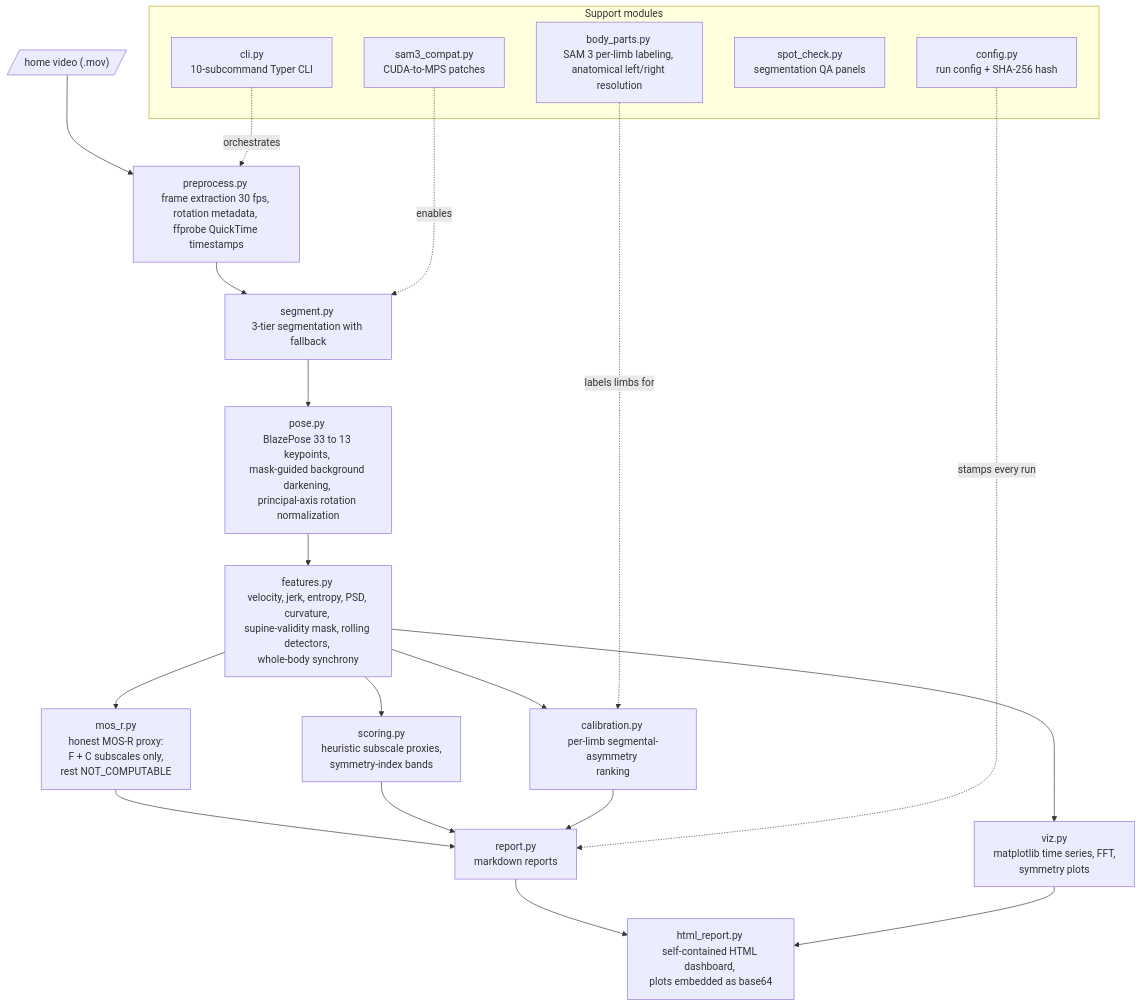
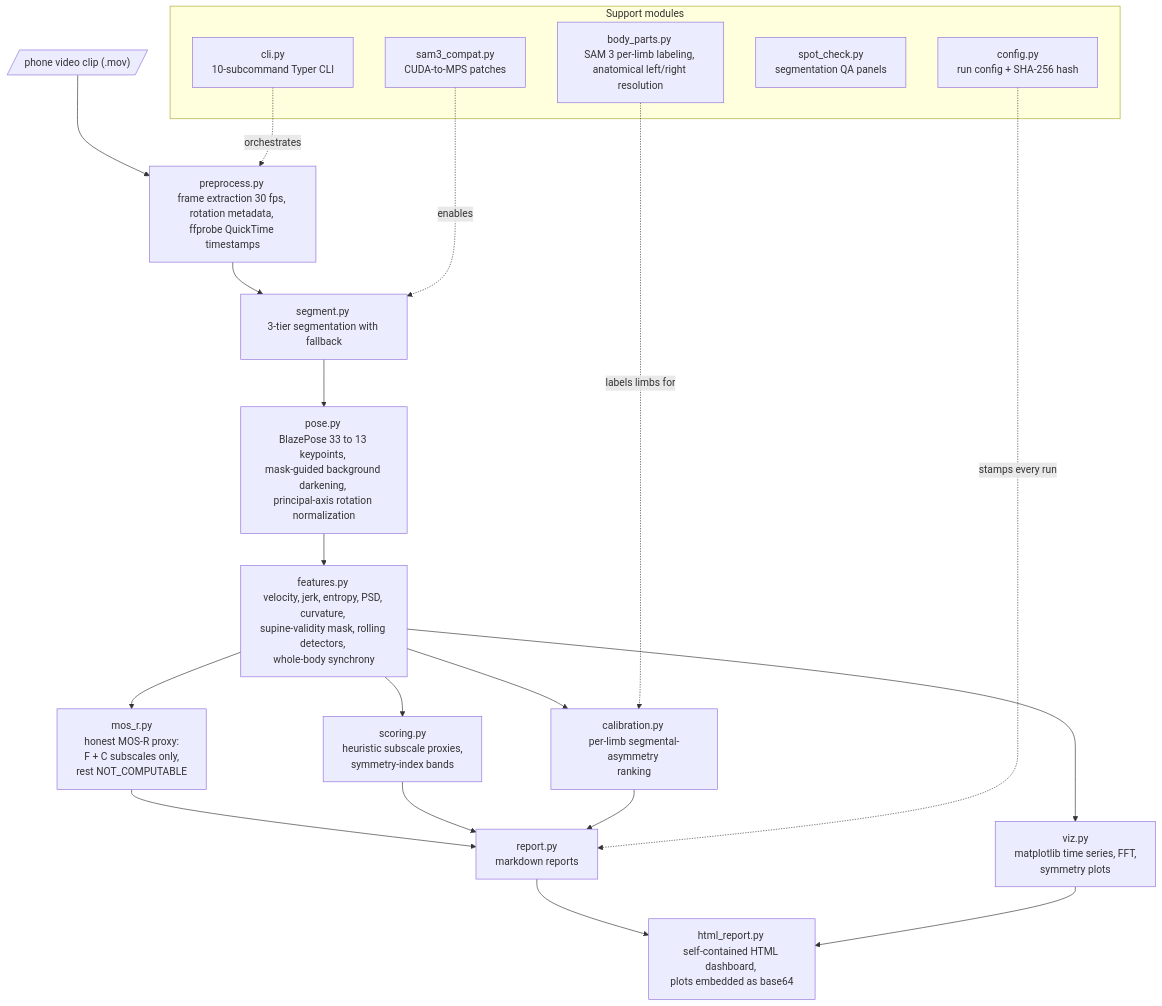
The first of 2 diagrams in medical-imaging/gma-video-pipeline/ARCHITECTURE.md (chojay/side-quests), drawn with Mermaid before and after one commit. The commit also changed 30 other files, not shown here.

````diff
--- a/medical-imaging/gma-video-pipeline/ARCHITECTURE.md
+++ b/medical-imaging/gma-video-pipeline/ARCHITECTURE.md
@@ -7,31 +7,31 @@
 ```mermaid
 flowchart TD
-    V[/"home video (.mov)"/] --> PRE[preprocess.py <br/>frame extraction 30 fps, rotation metadata, <br/>ffprobe QuickTime timestamps]
+    V[/"phone video clip (.mov)"/] --> PRE[preprocess.py <br/>frame extraction 30 fps, rotation metadata, <br/>ffprobe QuickTime timestamps]
     PRE --> SEG[segment.py <br/>3-tier segmentation with fallback]
     SEG --> POSE[pose.py <br/>BlazePose 33 to 13 keypoints, <br/>mask-guided background darkening, <br/>principal-axis rotation normalization]
     POSE --> FEAT[features.py <br/>velocity, jerk, entropy, PSD, curvature, <br/>supine-validity mask, rolling detectors, <br/>whole-body synchrony]
 
     FEAT --> MOS[mos_r.py <br/>honest MOS-R proxy: <br/>F + C subscales only, <br/>rest NOT_COMPUTABLE]
     FEAT --> SCORE[scoring.py <br/>heuristic subscale proxies, <br/>symmetry-index bands]
     FEAT --> CAL[calibration.py <br/>per-limb segmental-asymmetry <br/>ranking]
 
     MOS --> REP[report.py <br/>markdown reports]
     SCORE --> REP
     CAL --> REP
     REP --> HTML[html_report.py <br/>self-contained HTML dashboard, <br/>plots embedded as base64]
     FEAT --> VIZ[viz.py <br/>matplotlib time series, FFT, <br/>symmetry plots]
     VIZ --> HTML
 
     subgraph SUPPORT["Support modules"]
         CLI[cli.py <br/>10-subcommand Typer CLI]
         CFG[config.py <br/>run config + SHA-256 hash]
         BP[body_parts.py <br/>SAM 3 per-limb labeling, <br/>anatomical left/right resolution]
         SC[spot_check.py <br/>segmentation QA panels]
         COMPAT[sam3_compat.py <br/>CUDA-to-MPS patches]
     end
 
     CLI -.orchestrates.-> PRE
     CFG -.stamps every run.-> REP
     COMPAT -.enables.-> SEG
     BP -.labels limbs for.-> CAL
 ```
````
